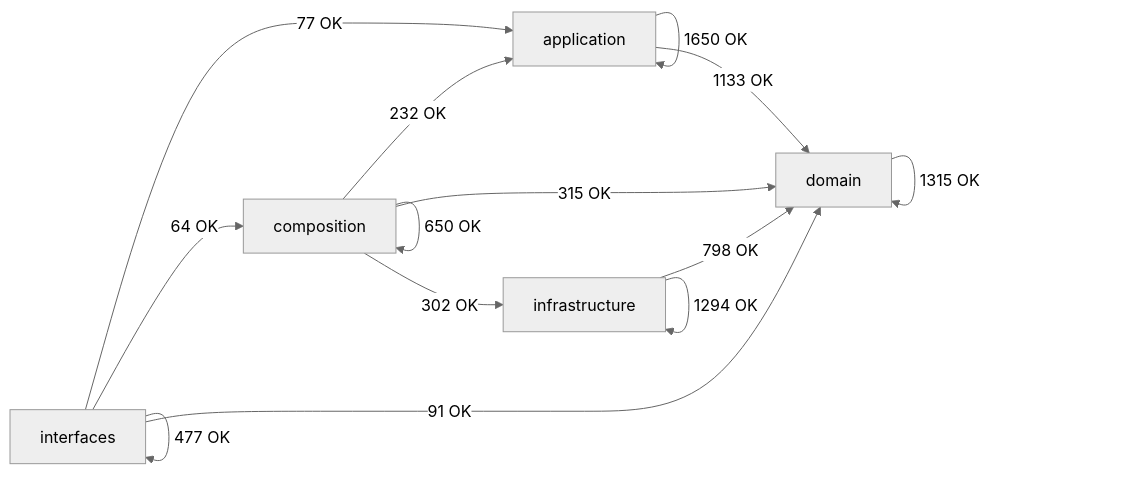
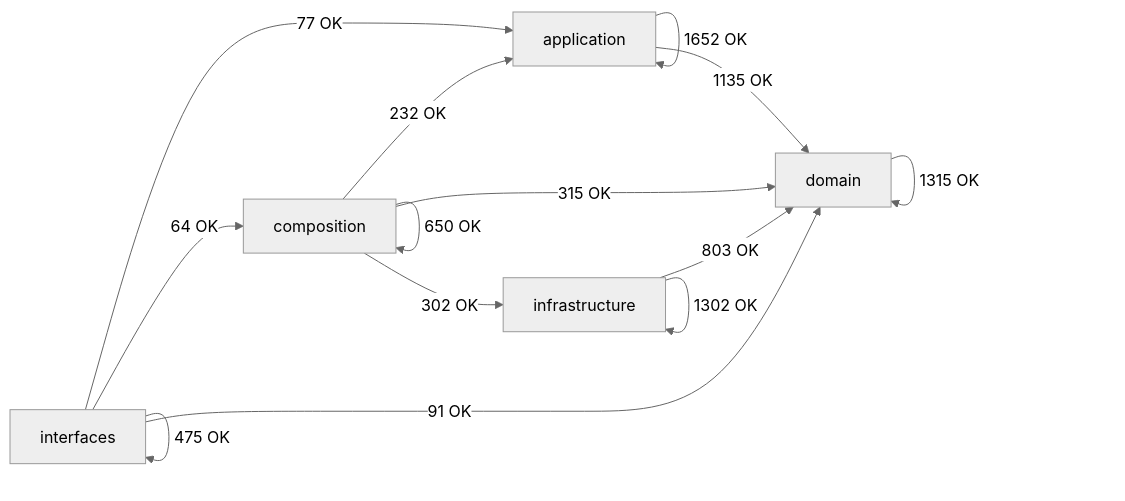
The diagram in docs/02-architecture/generated/module-dependency-map.md (SatoryKono/BioactivityDataAcquisition), drawn with Mermaid (neutral theme) before and after one commit. The commit also changed other lines of this file and 4 other files, not shown here.

````diff
--- a/docs/02-architecture/generated/module-dependency-map.md
+++ b/docs/02-architecture/generated/module-dependency-map.md
@@ -17,21 +17,21 @@
 ```mermaid
 flowchart LR
     domain[domain]
     application[application]
     infrastructure[infrastructure]
     composition[composition]
     interfaces[interfaces]
-    application -->|1650 OK| application
-    application -->|1133 OK| domain
+    application -->|1652 OK| application
+    application -->|1135 OK| domain
     composition -->|232 OK| application
     composition -->|650 OK| composition
     composition -->|315 OK| domain
     composition -->|302 OK| infrastructure
     domain -->|1315 OK| domain
-    infrastructure -->|798 OK| domain
-    infrastructure -->|1294 OK| infrastructure
+    infrastructure -->|803 OK| domain
+    infrastructure -->|1302 OK| infrastructure
     interfaces -->|77 OK| application
     interfaces -->|64 OK| composition
     interfaces -->|91 OK| domain
-    interfaces -->|477 OK| interfaces
+    interfaces -->|475 OK| interfaces
 ```
````
